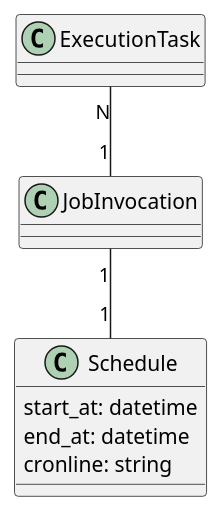
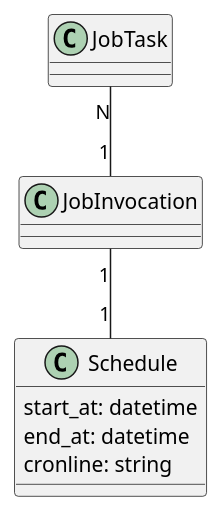
Before and after one commit to theforeman/foreman_remote_execution: diagram 11 of 13 in doc/source/design/index.md, drawn with PlantUML. The commit also changed other lines of this file, not shown here.

Commit message:
Unify jobs vs. execution vs. command wording

```diff
--- a/doc/source/design/index.md
+++ b/doc/source/design/index.md
@@ -953,15 +889,15 @@
 {% plantuml %}
 
 class Schedule {
   start_at: datetime
   end_at: datetime
   cronline: string
 }
 
-class ExecutionTask {
+class JobTask {
 }
 
-ExecutionTask "N" -- "1" JobInvocation
+JobTask "N" -- "1" JobInvocation
 JobInvocation "1" -- "1" Schedule
 
 {% endplantuml %}
```
